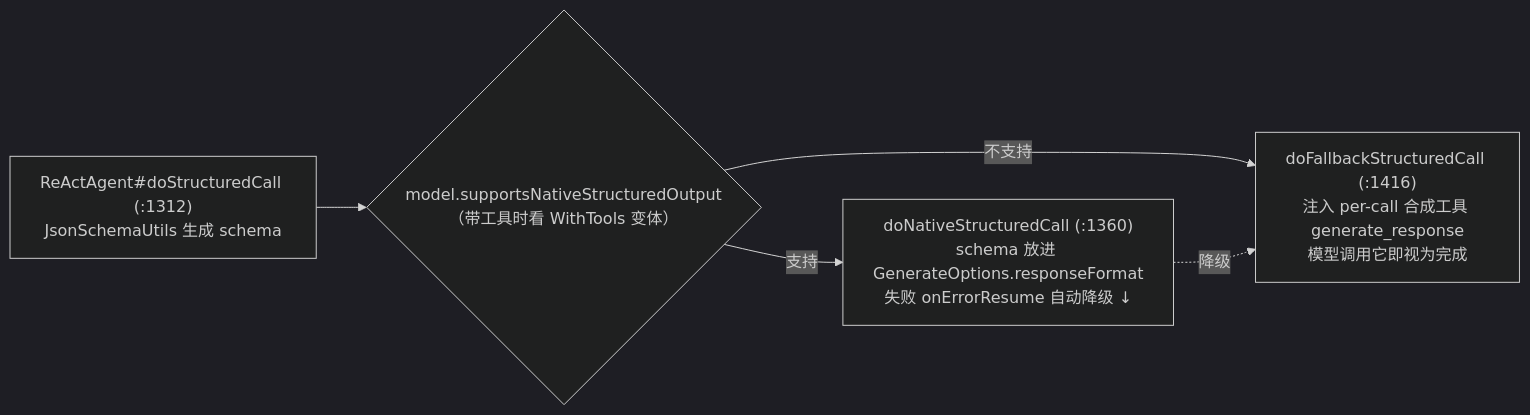
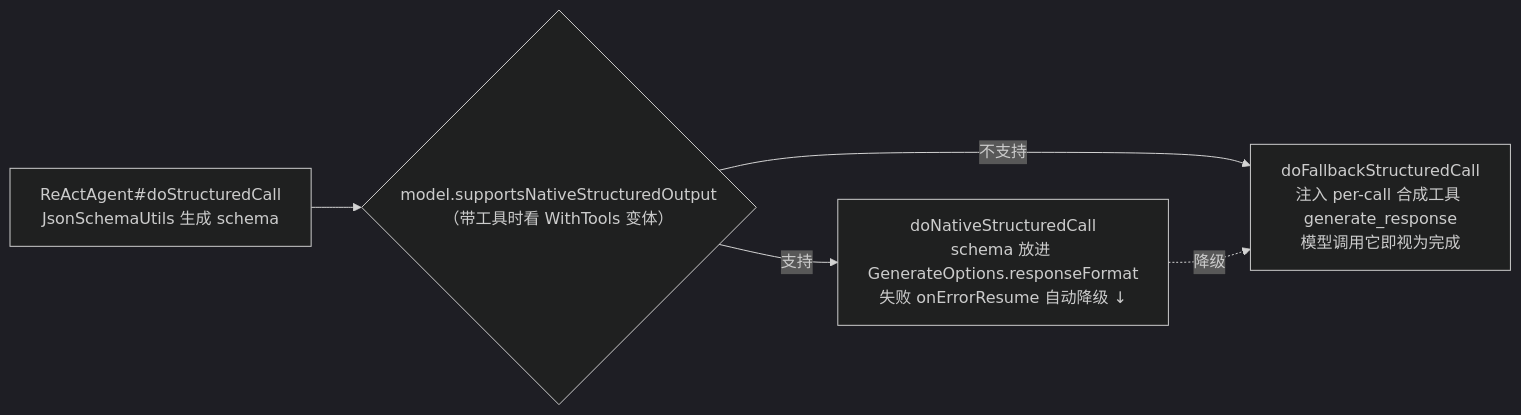
The sixth of 6 diagrams in 03-ReAct主循环.md (liulangjietou/AgentScope-source-analysis), drawn with Mermaid (dark theme) before and after one commit. The commit also changed other lines of this file and 13 other files, not shown here.

Commit message:
docs: align source guide and diagrams with main dcb131a3

````diff
--- a/03-ReAct主循环.md
+++ b/03-ReAct主循环.md
@@ -350,7 +378,7 @@
 ```mermaid
 flowchart LR
-    SC["ReActAgent#doStructuredCall (:1312)<br/>JsonSchemaUtils 生成 schema"] --> Q{"model.supportsNativeStructuredOutput<br/>（带工具时看 WithTools 变体）"}
-    Q -->|"支持"| NATIVE["doNativeStructuredCall (:1360)<br/>schema 放进 GenerateOptions.responseFormat<br/>失败 onErrorResume 自动降级 ↓"]
-    Q -->|"不支持"| FB["doFallbackStructuredCall (:1416)<br/>注入 per-call 合成工具 generate_response<br/>模型调用它即视为完成"]
+    SC["ReActAgent#doStructuredCall<br/>JsonSchemaUtils 生成 schema"] --> Q{"model.supportsNativeStructuredOutput<br/>（带工具时看 WithTools 变体）"}
+    Q -->|"支持"| NATIVE["doNativeStructuredCall<br/>schema 放进 GenerateOptions.responseFormat<br/>失败 onErrorResume 自动降级 ↓"]
+    Q -->|"不支持"| FB["doFallbackStructuredCall<br/>注入 per-call 合成工具 generate_response<br/>模型调用它即视为完成"]
     NATIVE -.->|"降级"| FB
 ```
````
